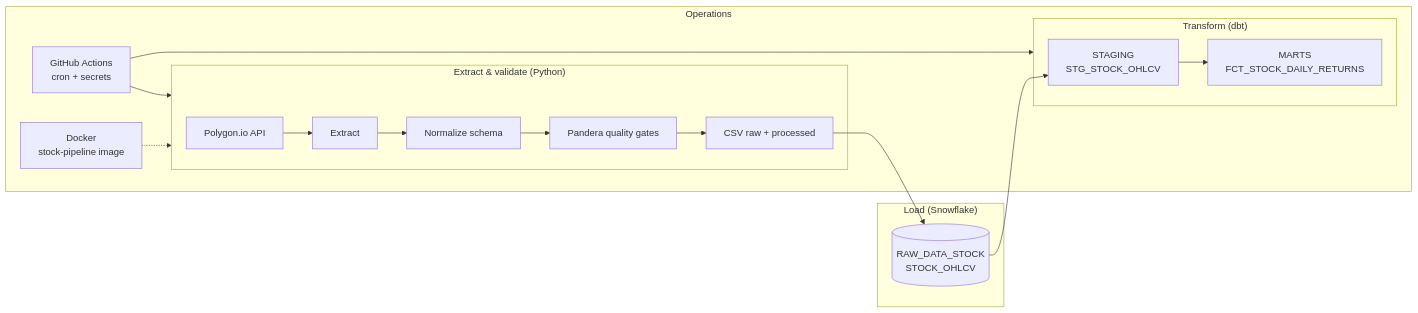
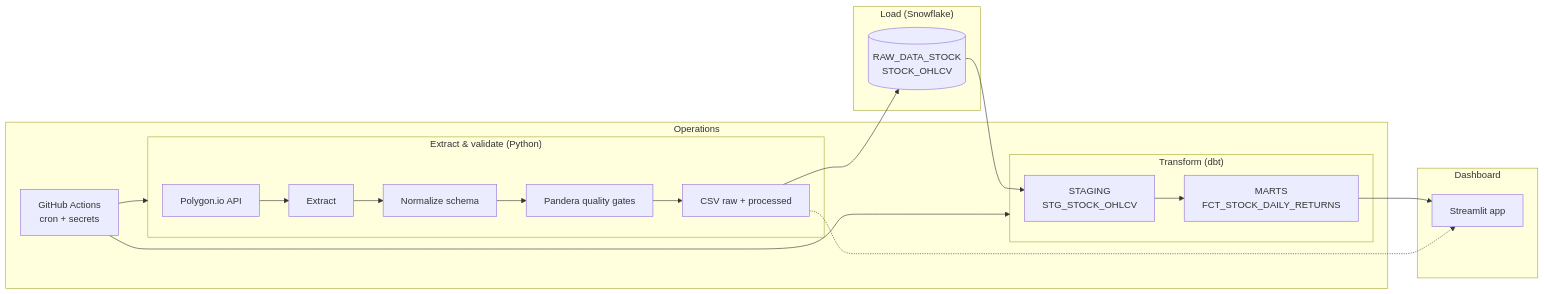
One commit to nasrineshraghi/stock-trading-app-data-enginner changed the diagram in README.md. Above: the diagram before and after it, drawn with Mermaid. The commit also changed other lines of this file and 8 other files, not shown here.

````diff
--- a/README.md
+++ b/README.md
@@ -35,24 +37,28 @@
 ```mermaid
 flowchart LR
   subgraph extract["Extract & validate (Python)"]
     P[Polygon.io API] --> E[Extract]
     E --> T[Normalize schema]
     T --> Q[Pandera quality gates]
     Q --> C[CSV raw + processed]
   end
 
   subgraph load["Load (Snowflake)"]
     C --> R[(RAW_DATA_STOCK\nSTOCK_OHLCV)]
   end
 
   subgraph transform["Transform (dbt)"]
     R --> S[STAGING\nSTG_STOCK_OHLCV]
     S --> M[MARTS\nFCT_STOCK_DAILY_RETURNS]
   end
 
+  subgraph viz["Dashboard"]
+    M --> ST[Streamlit app]
+    C -.-> ST
+  end
+
   subgraph ops["Operations"]
     GH[GitHub Actions\ncron + secrets] --> extract
     GH --> transform
-    DK[Docker\nstock-pipeline image] -.-> extract
   end
 ```
````
